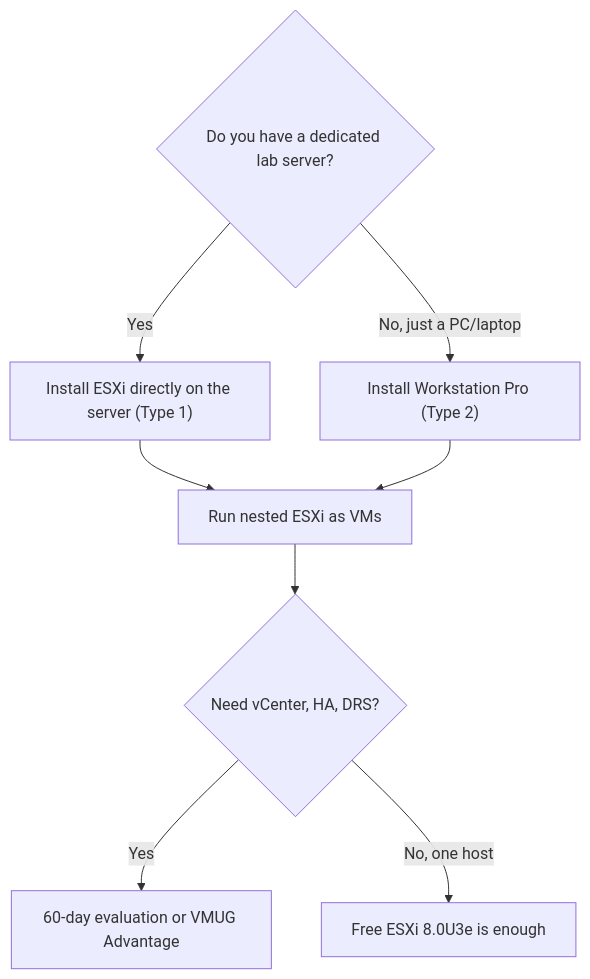
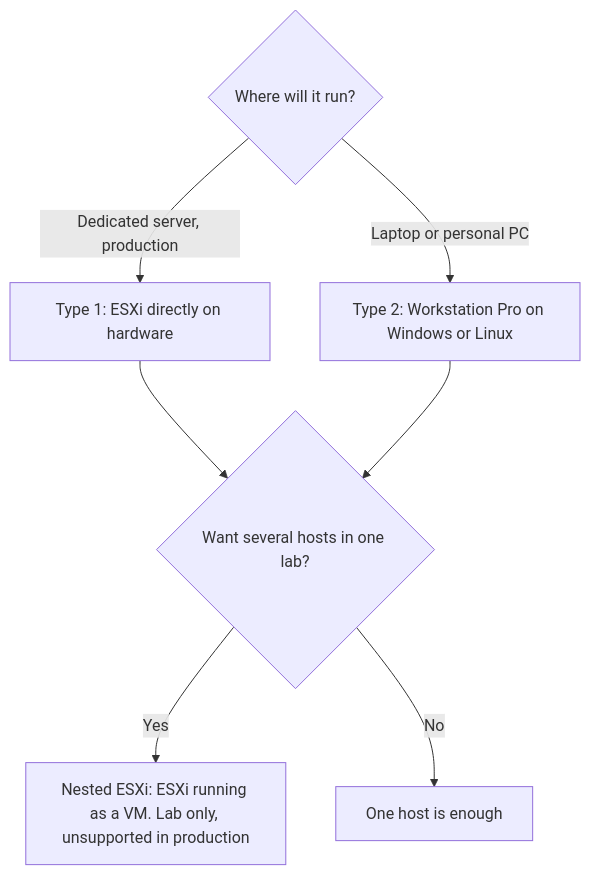
One commit to alex-andu/vmware-learning-ro changed the second of 3 diagrams in content/01-fundamente/01-ce-este-virtualizarea.en.md. Above: the diagram before and after it, drawn with Mermaid. The commit also changed other lines of this file and 4 other files, not shown here.

First line of the commit message:
content: capitolul-pilot 1.1 rescris (19 surse, 4 diagrame, lab si quiz noi)

````diff
--- a/content/01-fundamente/01-ce-este-virtualizarea.en.md
+++ b/content/01-fundamente/01-ce-este-virtualizarea.en.md
@@ -56,10 +84,9 @@
 ```mermaid
 flowchart TD
-  A{"Do you have a dedicated lab server?"} -->|Yes| B["Install ESXi directly on the server (Type 1)"]
-  A -->|No, just a PC/laptop| C["Install Workstation Pro (Type 2)"]
-  B --> D["Run nested ESXi as VMs"]
-  C --> D
-  D --> E{"Need vCenter, HA, DRS?"}
-  E -->|Yes| F["60-day evaluation or VMUG Advantage"]
-  E -->|No, one host| G["Free ESXi 8.0U3e is enough"]
+  Q1{"Where will it run?"} -->|"Dedicated server, production"| T1["Type 1: ESXi directly on hardware"]
+  Q1 -->|"Laptop or personal PC"| T2["Type 2: Workstation Pro on Windows or Linux"]
+  T1 --> Q2{"Want several hosts in one lab?"}
+  T2 --> Q2
+  Q2 -->|"Yes"| N["Nested ESXi: ESXi running as a VM. Lab only, unsupported in production"]
+  Q2 -->|"No"| S["One host is enough"]
 ```
````
